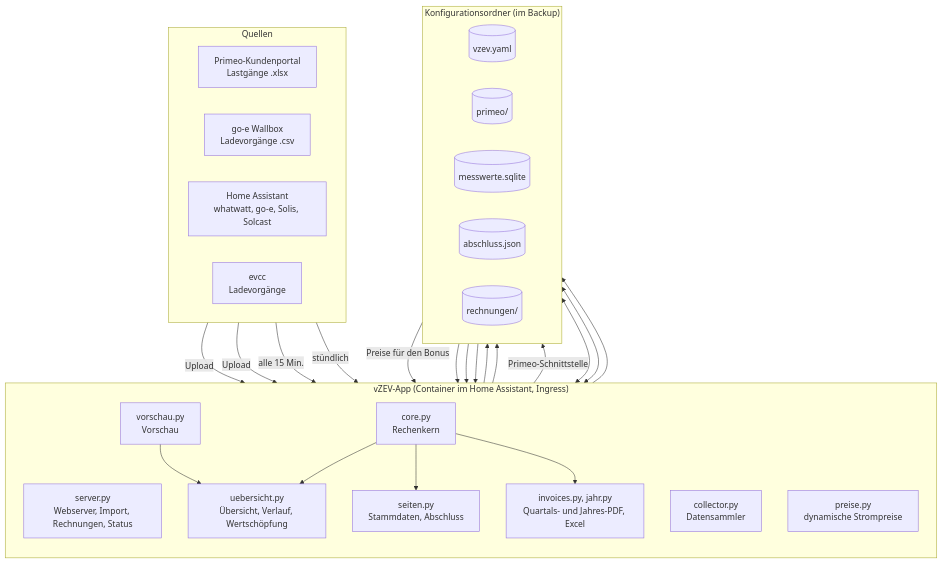
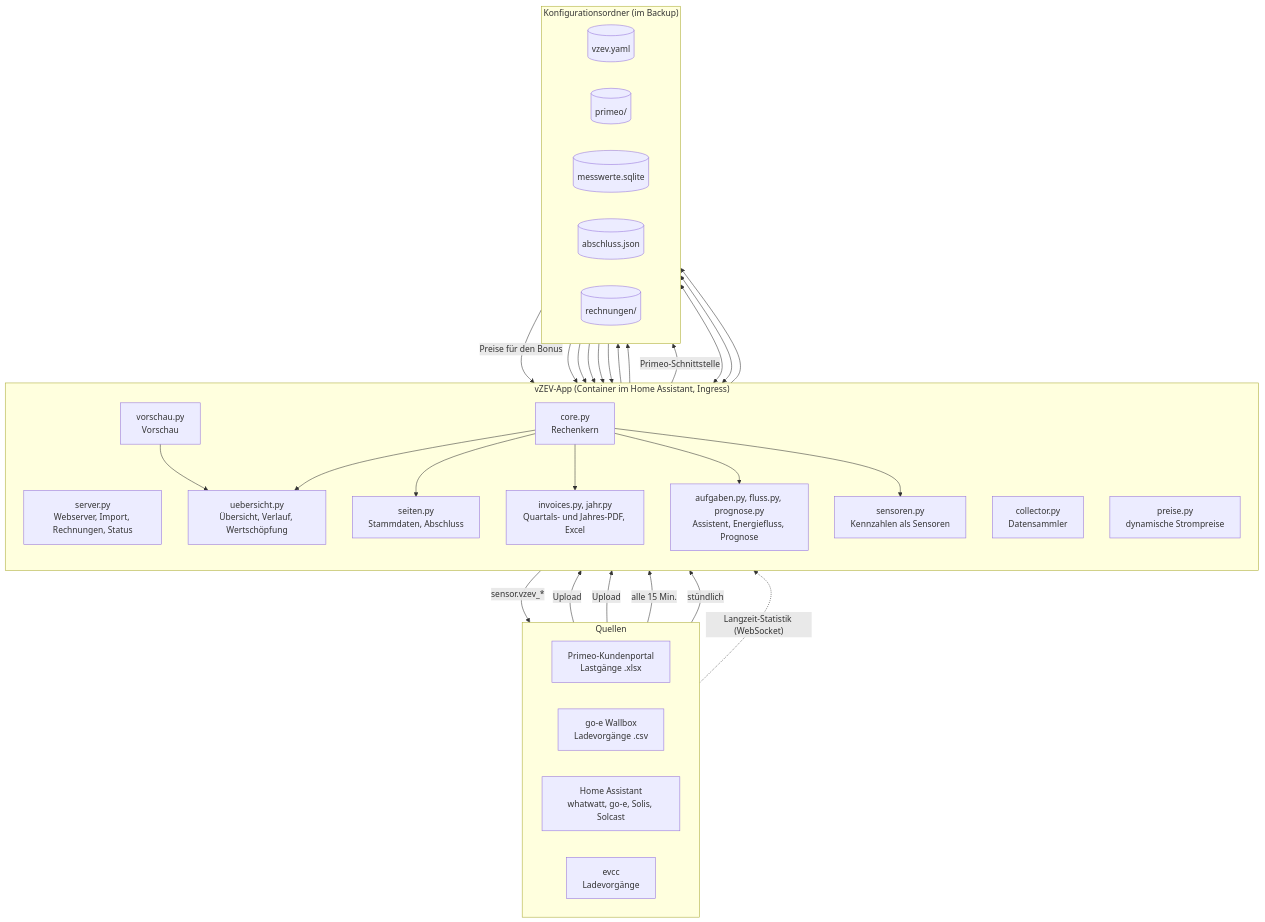
The diagram in docs/architektur.mmd (khu1985/vzev-ha), drawn with Mermaid before and after one commit. The commit also changed 7 other files, not shown here.

Commit message:
Doku: Sensoren, Aufgaben-Assistent, Erinnerung, Sicherung, Wärmepumpen in README und Grafiken

```diff
--- a/docs/architektur.mmd
+++ b/docs/architektur.mmd
@@ -1,45 +1,50 @@
 flowchart TB
     subgraph Quellen
         direction LR
         P["Primeo-Kundenportal<br/>Lastgänge .xlsx"]
         W["go-e Wallbox<br/>Ladevorgänge .csv"]
         HA["Home Assistant<br/>whatwatt, go-e, Solis, Solcast"]
         E["evcc<br/>Ladevorgänge"]
     end
 
     subgraph App["vZEV-App (Container im Home Assistant, Ingress)"]
         direction TB
         S["server.py<br/>Webserver, Import, Rechnungen, Status"]
         CO["collector.py<br/>Datensammler"]
         C["core.py<br/>Rechenkern"]
         V["vorschau.py<br/>Vorschau"]
         U["uebersicht.py<br/>Übersicht, Verlauf, Wertschöpfung"]
         SE["seiten.py<br/>Stammdaten, Abschluss"]
         I["invoices.py, jahr.py<br/>Quartals- und Jahres-PDF, Excel"]
         PZ["preise.py<br/>dynamische Strompreise"]
+        SN["sensoren.py<br/>Kennzahlen als Sensoren"]
+        AF["aufgaben.py, fluss.py, prognose.py<br/>Assistent, Energiefluss, Prognose"]
     end
 
     subgraph Daten["Konfigurationsordner (im Backup)"]
         direction LR
         Y[("vzev.yaml")]
         PR[("primeo/")]
         DB[("messwerte.sqlite")]
         AB[("abschluss.json")]
         R[("rechnungen/")]
     end
 
     P & W -- Upload --> S --> PR
     HA -- "alle 15 Min." --> CO
     E -- stündlich --> CO
     CO --> DB
     PZ -- "Primeo-Schnittstelle" --> DB
     DB -- "Preise für den Bonus" --> C
     PR --> C
     Y --> C
     DB --> V
     C --> U
     V --> U
     C --> SE
     SE <--> Y
     SE <--> AB
     C --> I --> R
+    C & DB --> AF
+    C & DB --> SN -- "sensor.vzev_*" --> HA
+    HA -. "Langzeit-Statistik (WebSocket)" .-> CO
```
